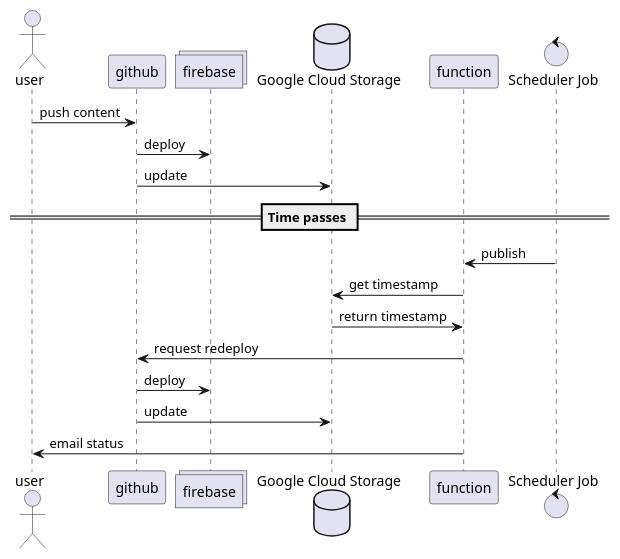
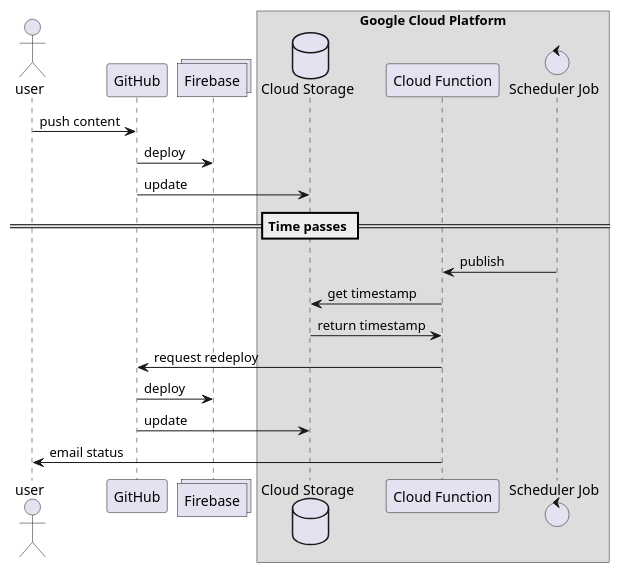
The diagram in docs/flow.puml (mhhollomon/gcp-site-redeploy-function), drawn with PlantUML before and after one commit. The commit also changed 1 other file, not shown here.

Commit message:
Make the diagram a little fancier

```diff
--- a/docs/flow.puml
+++ b/docs/flow.puml
@@ -1,26 +1,28 @@
 @startuml
 
 actor user
-participant github
-collections firebase
-database bucket as "Google Cloud Storage"
-participant function
-control job as "Scheduler Job"
+participant GitHub
+collections Firebase
+box "Google Cloud Platform"
+    database bucket as "Cloud Storage"
+    participant function as "Cloud Function"
+    control job as "Scheduler Job"
+end box
 
 
 
-user -> github : push content
-github -> firebase : deploy
-github -> bucket : update
+user -> GitHub : push content
+GitHub -> Firebase : deploy
+GitHub -> bucket : update
 
 == Time passes ==
 
 job -> function : publish
 function -> bucket : get timestamp
 bucket -> function : return timestamp
-function -> github : request redeploy
-github -> firebase : deploy
-github -> bucket : update
+function -> GitHub : request redeploy
+GitHub -> Firebase : deploy
+GitHub -> bucket : update
 function -> user : email status
 
 @enduml
```
